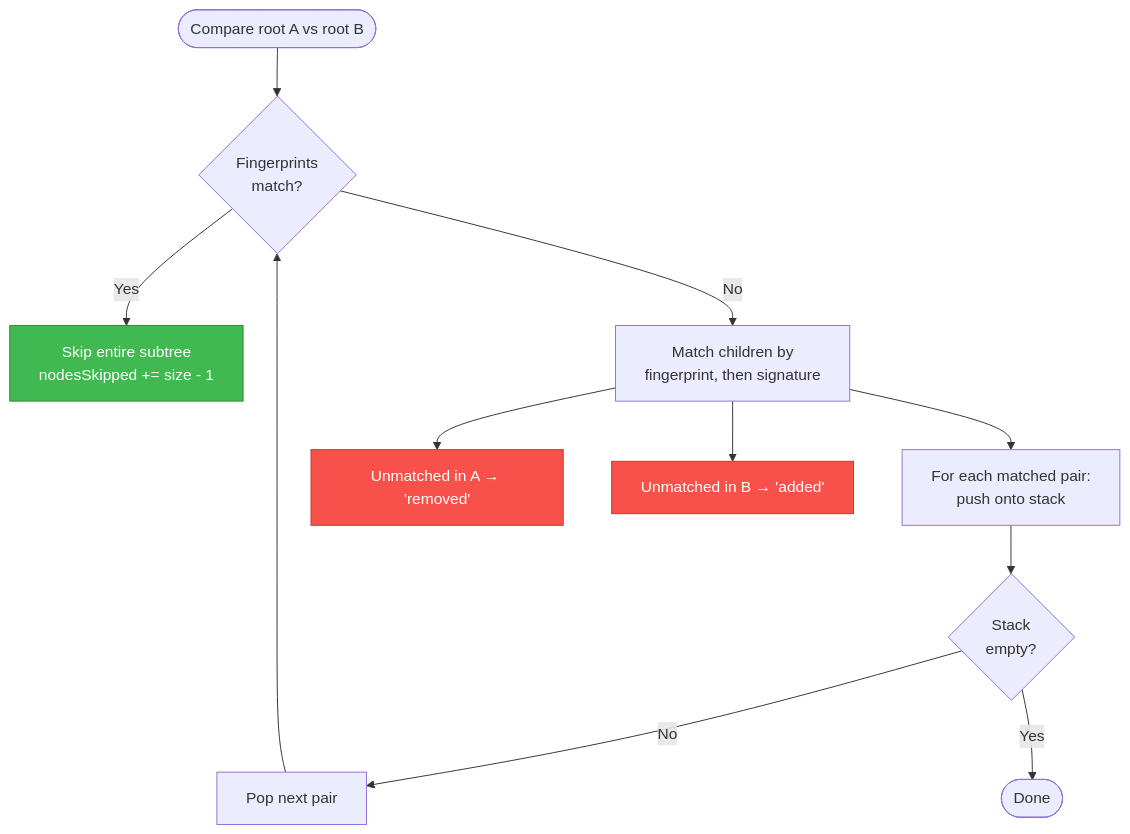
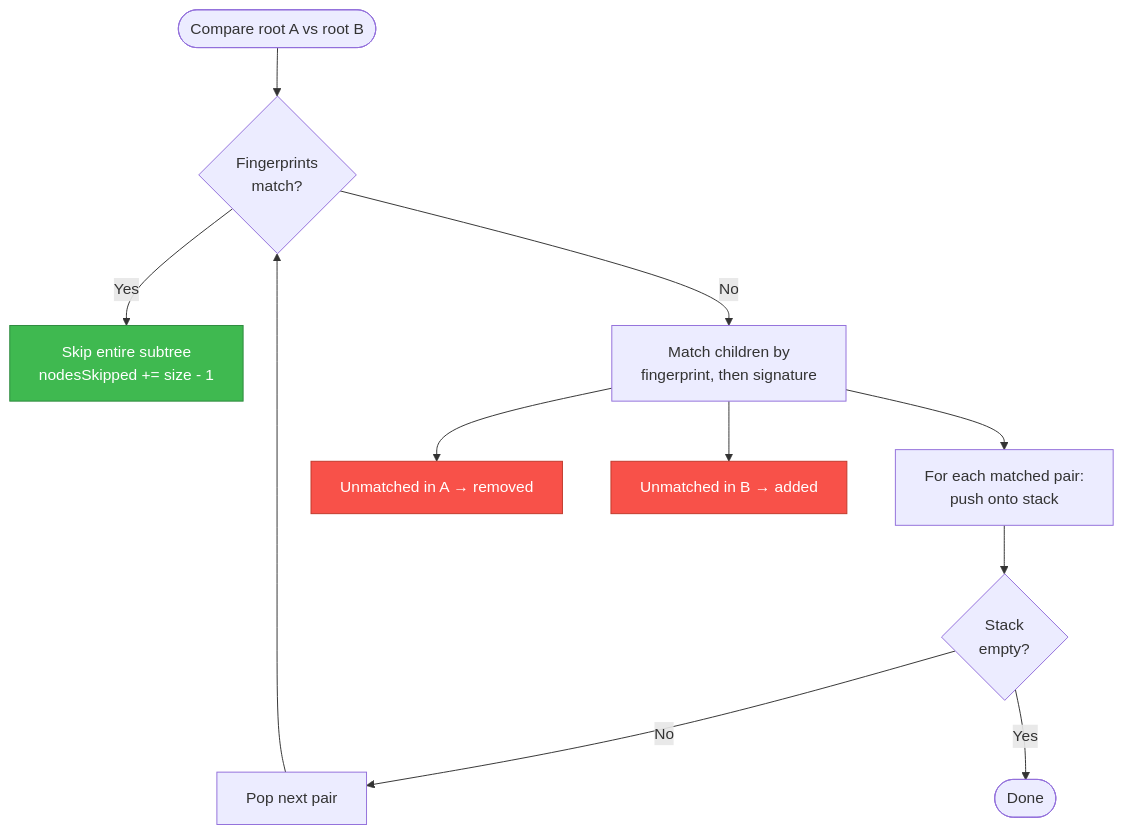
One commit to marsyg/TraceDiff changed the seventh of 20 diagrams in docs/architecture.md. Above: the diagram before and after it, drawn with Mermaid. The commit also changed other lines of this file, not shown here.

Commit message:
docs: sanitize section 5 and section 13 indexing diagram syntax

````diff
--- a/docs/architecture.md
+++ b/docs/architecture.md
@@ -337,18 +337,18 @@
 ```mermaid
 flowchart TD
-  Start([Compare root A vs root B]) --> HashCheck{Fingerprints<br/>match?}
+  Start(["Compare root A vs root B"]) --> HashCheck{"Fingerprints<br/>match?"}
   HashCheck -->|Yes| Skip["Skip entire subtree<br/>nodesSkipped += size - 1"]
   HashCheck -->|No| Children["Match children by<br/>fingerprint, then signature"]
   Children --> Pairs["For each matched pair:<br/>push onto stack"]
-  Children --> Rem["Unmatched in A → 'removed'"]
-  Children --> Add["Unmatched in B → 'added'"]
-  Pairs --> Recurse{Stack<br/>empty?}
+  Children --> Rem["Unmatched in A → removed"]
+  Children --> Add["Unmatched in B → added"]
+  Pairs --> Recurse{"Stack<br/>empty?"}
   Recurse -->|No| Pop["Pop next pair"]
   Pop --> HashCheck
-  Recurse -->|Yes| Done([Done])
+  Recurse -->|Yes| Done(["Done"])
 
   classDef skip fill:#3fb950,stroke:#2d8a3e,color:#fff
   classDef diff fill:#f85149,stroke:#c0392b,color:#fff
   class Skip skip
   class Rem,Add diff
 ```
````
